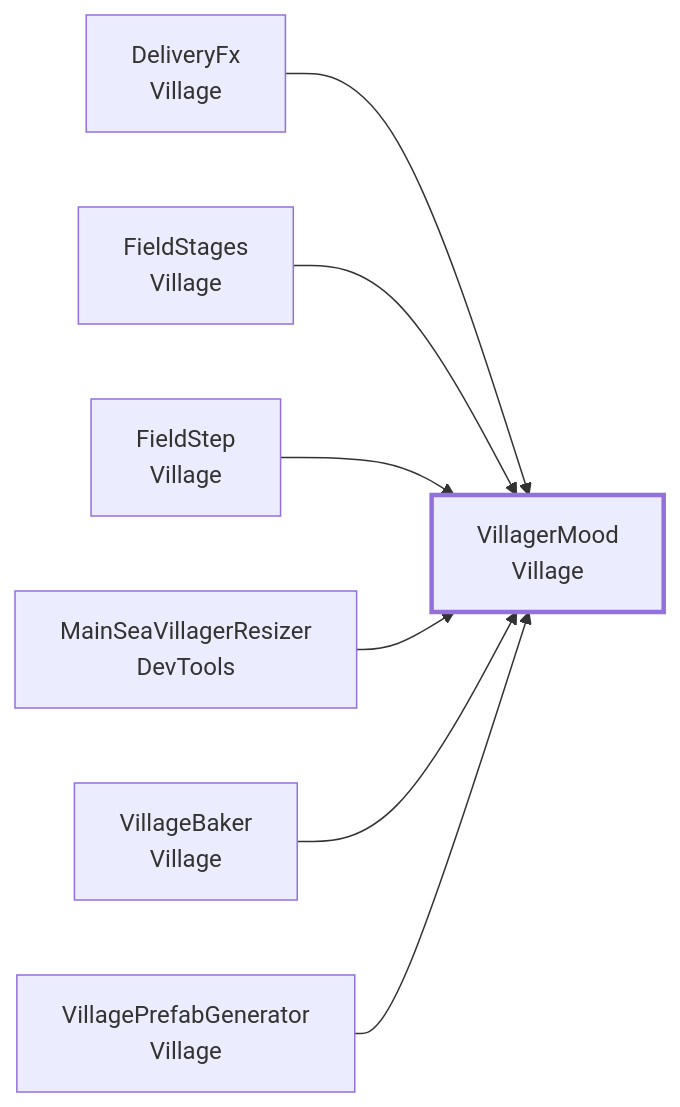
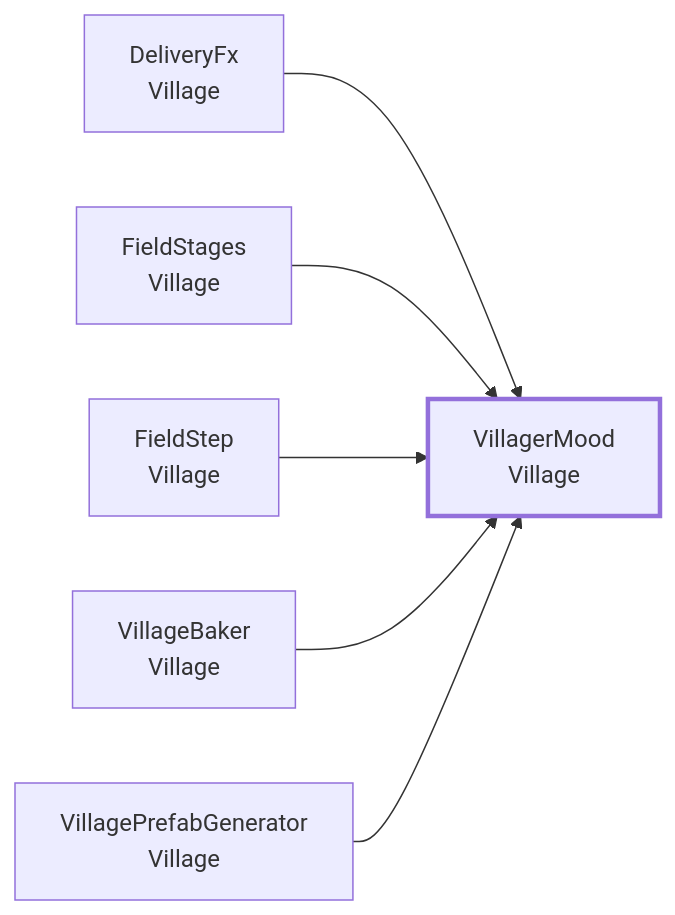
The tenth of 10 diagrams in docs/api/Village.md (Fialuxe/MouthOfGod_System), drawn with Mermaid before and after one commit. The commit also changed other lines of this file and 28 other files, not shown here.

````diff
--- a/docs/api/Village.md
+++ b/docs/api/Village.md
@@ -583,11 +580,10 @@
 ```mermaid
 flowchart LR
   C_VillagerMood["VillagerMood<br/>Village"]:::me
   U_DeliveryFx["DeliveryFx<br/>Village"] --> C_VillagerMood
   U_FieldStages["FieldStages<br/>Village"] --> C_VillagerMood
   U_FieldStep["FieldStep<br/>Village"] --> C_VillagerMood
-  U_MainSeaVillagerResizer["MainSeaVillagerResizer<br/>DevTools"] --> C_VillagerMood
   U_VillageBaker["VillageBaker<br/>Village"] --> C_VillagerMood
   U_VillagePrefabGenerator["VillagePrefabGenerator<br/>Village"] --> C_VillagerMood
   classDef me stroke-width:3px
 ```
````
